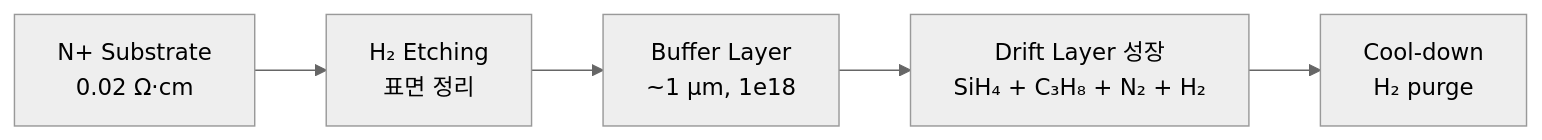
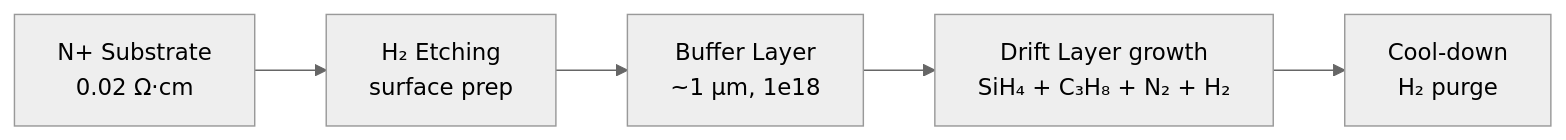
Before and after one commit to btjeon/sic-wiki: the first of 2 diagrams in docs/01-foundations/ch02-wafer-epi.md, drawn with Mermaid (neutral theme). The commit also changed other lines of this file and 6 other files, not shown here.

````diff
--- a/docs/01-foundations/ch02-wafer-epi.md
+++ b/docs/01-foundations/ch02-wafer-epi.md
@@ -25,7 +25,7 @@
 ```mermaid
 flowchart LR
-    A[N+ Substrate<br/>0.02 Ω·cm] --> B[H₂ Etching<br/>표면 정리]
+    A[N+ Substrate<br/>0.02 Ω·cm] --> B[H₂ Etching<br/>surface prep]
     B --> C[Buffer Layer<br/>~1 μm, 1e18]
-    C --> D[Drift Layer 성장<br/>SiH₄ + C₃H₈ + N₂ + H₂]
+    C --> D[Drift Layer growth<br/>SiH₄ + C₃H₈ + N₂ + H₂]
     D --> E[Cool-down<br/>H₂ purge]
 ```
````
